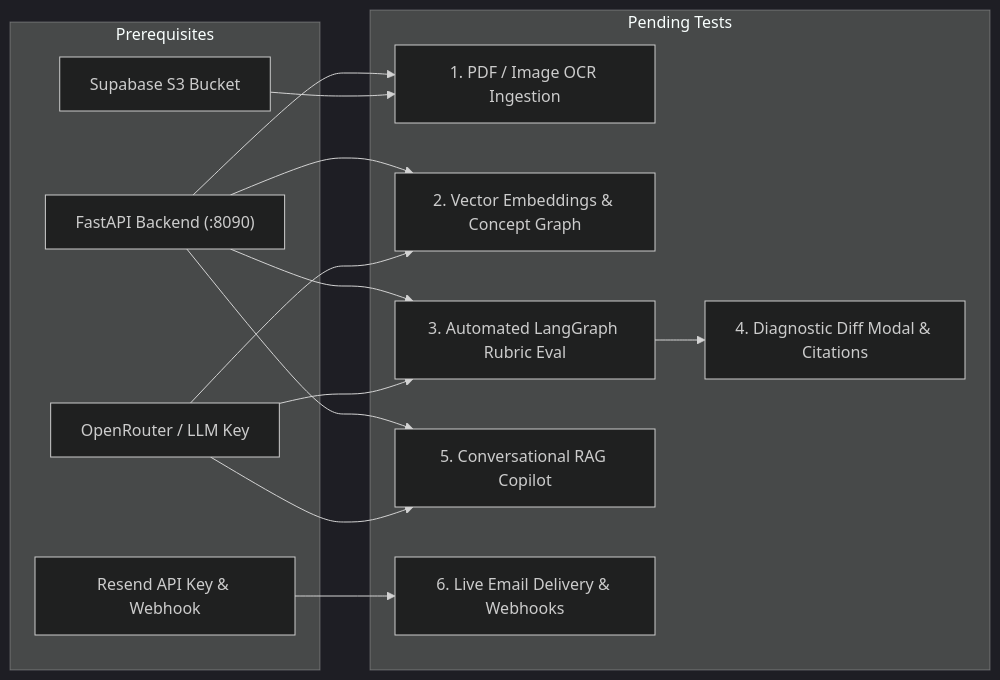
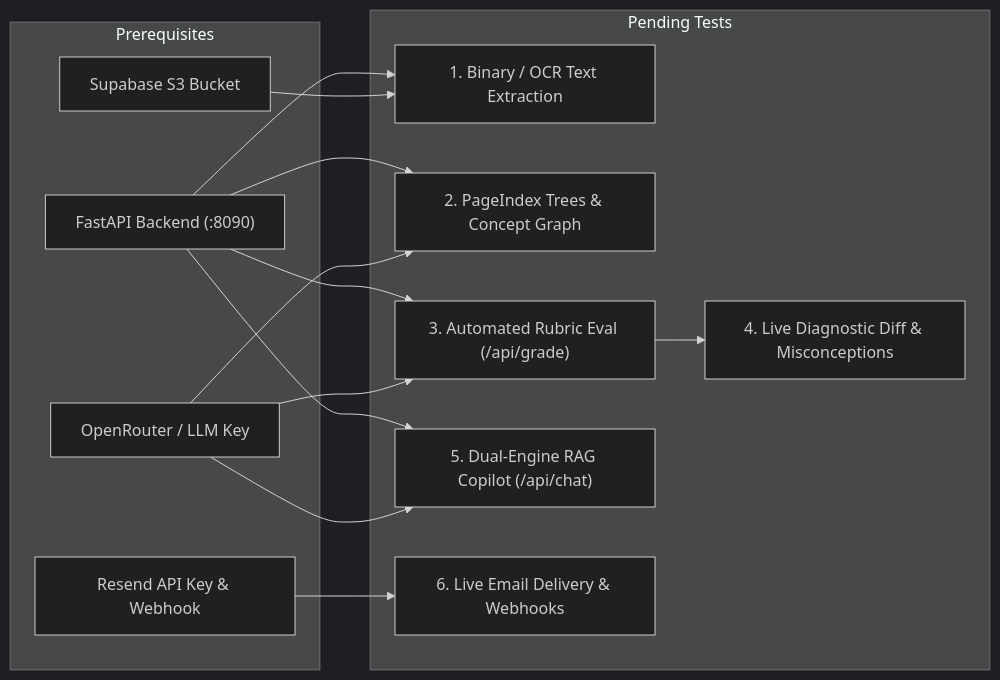
The second of 2 diagrams in docs/tests/README.md (VictorBravo9er/Teacher-Assistant-Workspace), drawn with Mermaid (dark theme) before and after one commit. The commit also changed other lines of this file and 43 other files, not shown here.

````diff
--- a/docs/tests/README.md
+++ b/docs/tests/README.md
@@ -74,29 +74,29 @@
 ```mermaid
 flowchart LR
     subgraph Prerequisites["Prerequisites"]
         FastAPI["FastAPI Backend (:8090)"]
         OpenRouter["OpenRouter / LLM Key"]
         Storage["Supabase S3 Bucket"]
         Resend["Resend API Key & Webhook"]
     end
 
     subgraph Tests["Pending Tests"]
-        P1["1. PDF / Image OCR Ingestion"]
-        P2["2. Vector Embeddings & Concept Graph"]
-        P3["3. Automated LangGraph Rubric Eval"]
-        P4["4. Diagnostic Diff Modal & Citations"]
-        P5["5. Conversational RAG Copilot"]
+        P1["1. Binary / OCR Text Extraction"]
+        P2["2. PageIndex Trees & Concept Graph"]
+        P3["3. Automated Rubric Eval (/api/grade)"]
+        P4["4. Live Diagnostic Diff & Misconceptions"]
+        P5["5. Dual-Engine RAG Copilot (/api/chat)"]
         P6["6. Live Email Delivery & Webhooks"]
     end
 
     FastAPI --> P1
     Storage --> P1
     FastAPI --> P2
     OpenRouter --> P2
     FastAPI --> P3
     OpenRouter --> P3
     P3 --> P4
     FastAPI --> P5
     OpenRouter --> P5
     Resend --> P6
 ```
````
